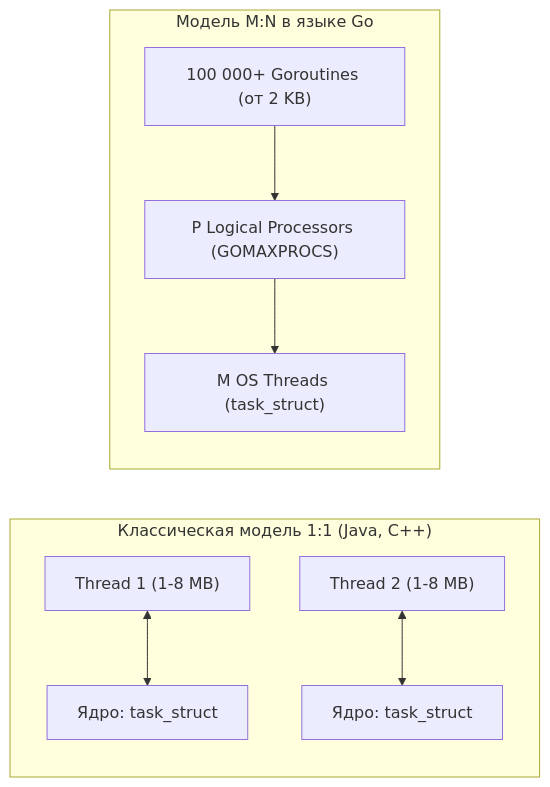
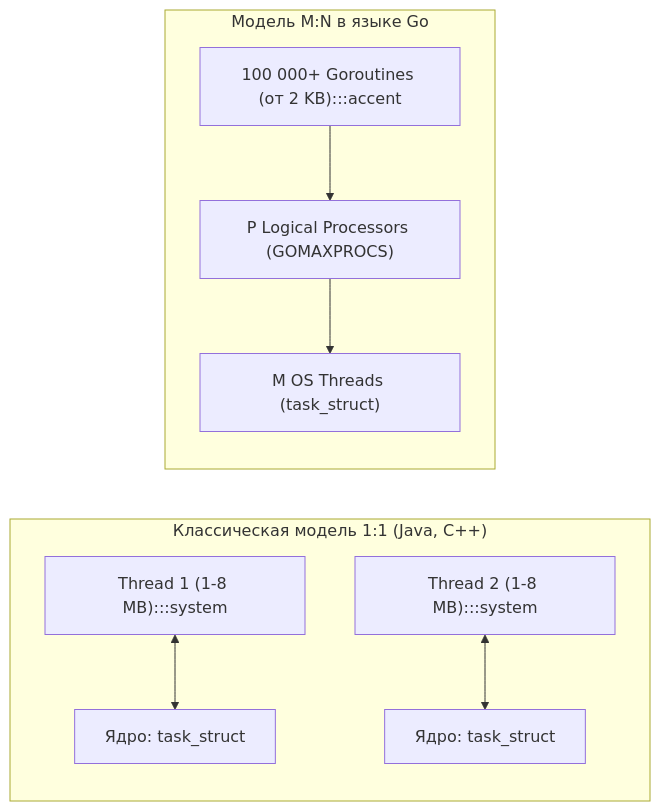
Before and after one commit to UnrealTemplier/go-textbook: the third of 4 diagrams in sources/2. Устройство и работа ОС/63. Итоги раздела. Картина ОС целиком для Go-разработчика.md, drawn with Mermaid. The commit also changed other lines of this file and 1666 other files, not shown here.

First line of the commit message:
feat(mermaid): add semantic color classDef to 1369 colorless flowchart/graph diagrams

````diff
--- a/sources/2. Устройство и работа ОС/63. Итоги раздела. Картина ОС целиком для Go-разработчика.md
+++ b/sources/2. Устройство и работа ОС/63. Итоги раздела. Картина ОС целиком для Go-разработчика.md
@@ -92,12 +102,22 @@
 ```mermaid
 flowchart LR
+    classDef process  fill:#1e293b,stroke:#38bdf8,stroke-width:1px,color:#f8fafc
+    classDef success  fill:#064e3b,stroke:#34d399,stroke-width:1px,color:#f8fafc
+    classDef error    fill:#7f1d1d,stroke:#f87171,stroke-width:1px,color:#f8fafc
+    classDef warning  fill:#78350f,stroke:#fbbf24,stroke-width:1px,color:#f8fafc
+    classDef entry    fill:#1e3a5f,stroke:#38bdf8,stroke-width:2px,color:#f8fafc
+    classDef aux      fill:#334155,stroke:#64748b,stroke-width:1px,color:#f8fafc
+    classDef system   fill:#312e81,stroke:#a78bfa,stroke-width:1px,color:#f8fafc
+    classDef data     fill:#132d29,stroke:#2dd4bf,stroke-width:1px,color:#f8fafc
+    classDef network  fill:#881337,stroke:#fb7185,stroke-width:1px,color:#f8fafc
+    classDef accent   fill:#1e1b4b,stroke:#818cf8,stroke-width:1px,color:#f8fafc
     subgraph SysThreadModel ["Классическая модель 1:1 (Java, C++)"]
-        T1["Thread 1 (1-8 MB)"] <--> KT1["Ядро: task_struct"]
-        T2["Thread 2 (1-8 MB)"] <--> KT2["Ядро: task_struct"]
+        T1["Thread 1 (1-8 MB):::system"] <--> KT1["Ядро: task_struct"]
+        T2["Thread 2 (1-8 MB):::system"] <--> KT2["Ядро: task_struct"]
     end
 
     subgraph GoGMPModel ["Модель M:N в языке Go"]
-        G_Many["100 000+ Goroutines (от 2 KB)"] --> P_Sched["P Logical Processors (GOMAXPROCS)"]
+        G_Many["100 000+ Goroutines (от 2 KB):::accent"] --> P_Sched["P Logical Processors (GOMAXPROCS)"]
         P_Sched --> M_Pool["M OS Threads (task_struct)"]
     end
 ```
````
